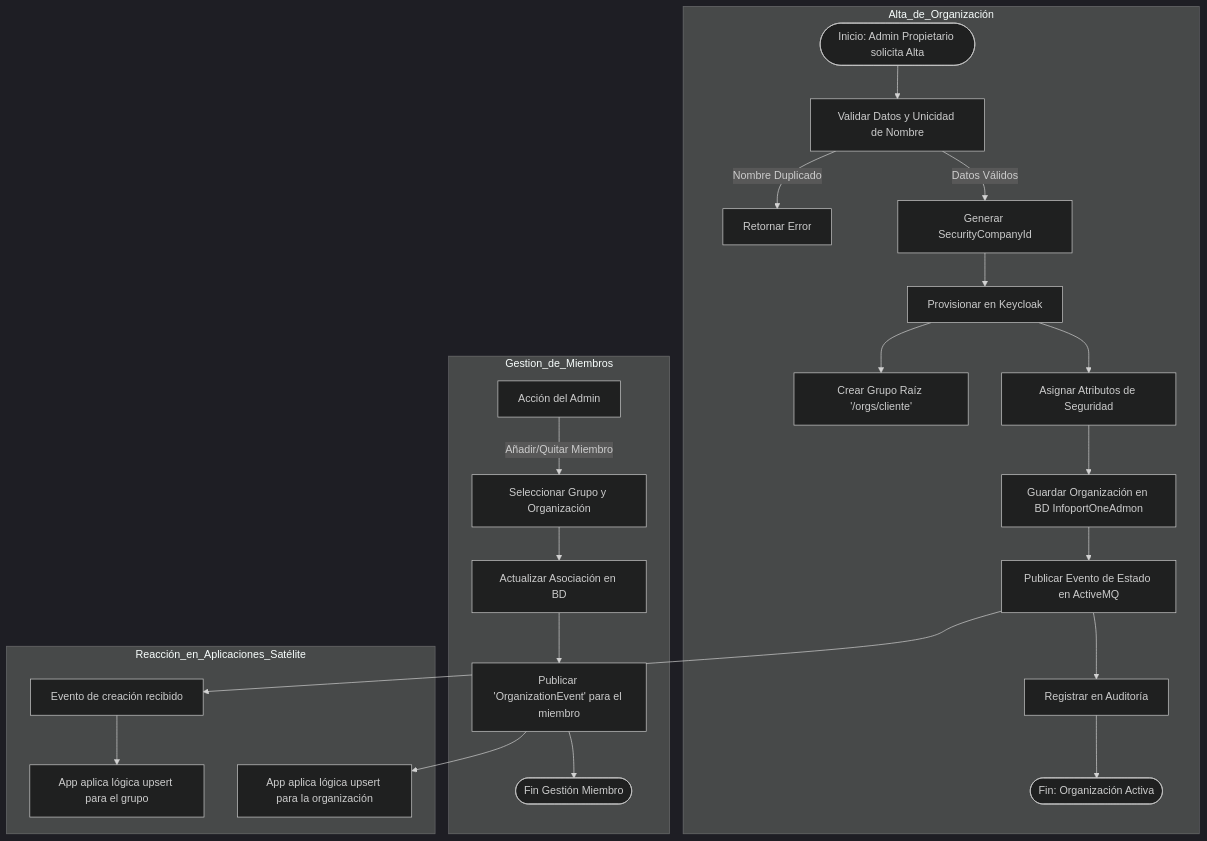
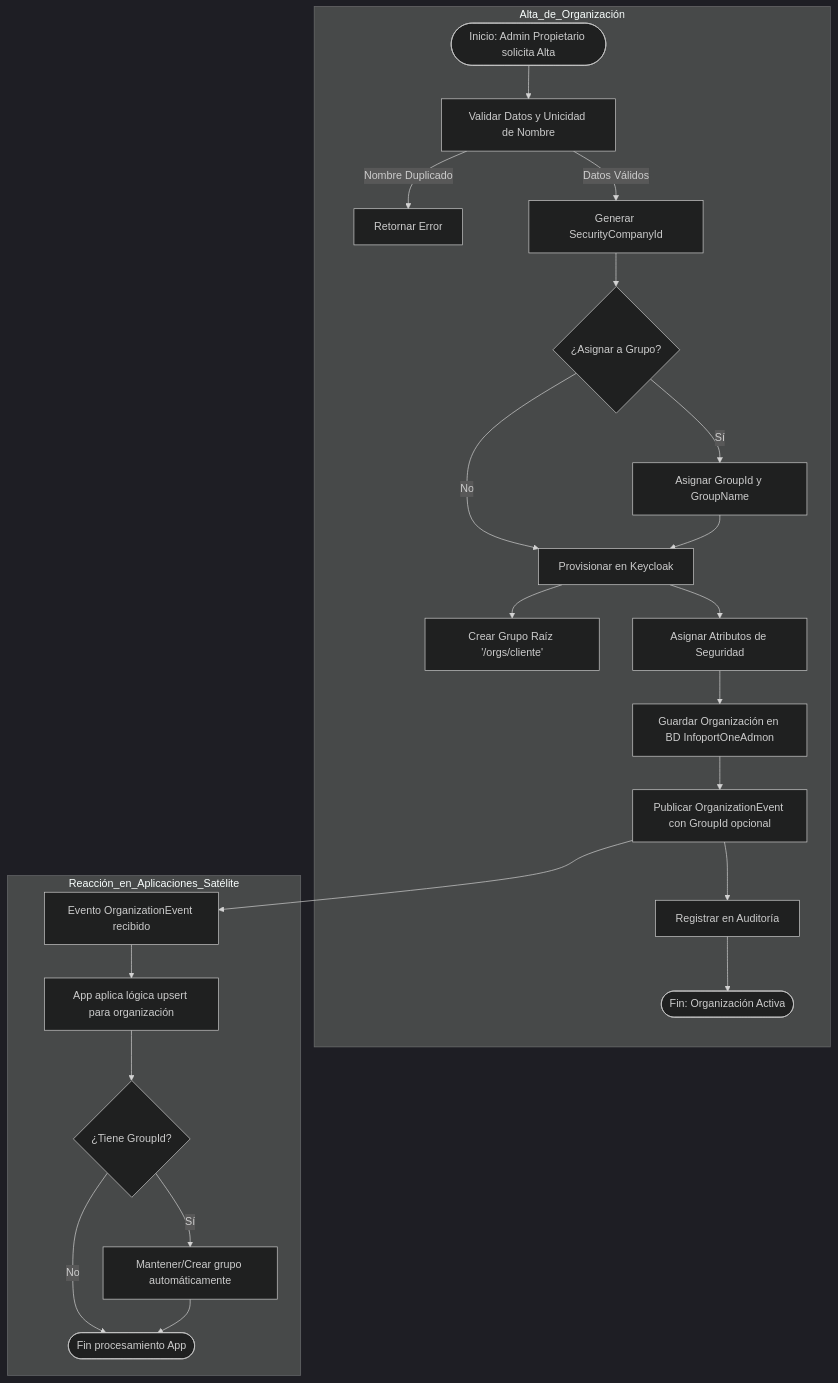
One commit to malbert-infoport/AI4Devs changed the second of 7 diagrams in 01-Descripción general del Producto.md. Above: the diagram before and after it, drawn with Mermaid (dark theme). The commit also changed other lines of this file and 1 other file, not shown here.

````diff
--- a/01-Descripción general del Producto.md
+++ b/01-Descripción general del Producto.md
@@ -349,36 +338,34 @@
 ```mermaid
 graph TD
     %% --- Proceso de Alta de Organización ---
     subgraph Alta_de_Organización
         Start([Inicio: Admin Propietario solicita Alta]) --> Validar[Validar Datos y Unicidad de Nombre]
 
         Validar -->|Nombre Duplicado| Error[Retornar Error]
         Validar -->|Datos Válidos| GenID[Generar SecurityCompanyId]
 
-        GenID --> KC_Step[Provisionar en Keycloak]
+        GenID --> AssignGroup{¿Asignar a Grupo?}
+        AssignGroup -->|Sí| SetGroup[Asignar GroupId y GroupName]
+        AssignGroup -->|No| KC_Step[Provisionar en Keycloak]
+        SetGroup --> KC_Step
+
         KC_Step --> KC_Group[Crear Grupo Raíz '/orgs/cliente']
         KC_Step --> KC_Attr[Asignar Atributos de Seguridad]
 
         KC_Attr --> DB_Save[Guardar Organización en BD InfoportOneAdmon]
-        DB_Save --> Event[Publicar Evento de Estado en ActiveMQ]
+        DB_Save --> Event[Publicar OrganizationEvent con GroupId opcional]
         Event --> Audit[Registrar en Auditoría]
         Audit --> End([Fin: Organización Activa])
     end
 
-    %% --- Gestión de Miembros ---
-    subgraph Gestion_de_Miembros
-        Choose[Acción del Admin] -->|Añadir/Quitar Miembro| Manage[Seleccionar Grupo y Organización]
-        Manage --> UpdateMember[Actualizar Asociación en BD]
-        UpdateMember --> PubUpdate[Publicar 'OrganizationEvent' para el miembro]
-        PubUpdate --> EndUpdate([Fin Gestión Miembro])
-    end
-
     %% --- Reacción en Aplicaciones Satélite ---
     subgraph Reacción_en_Aplicaciones_Satélite
-        Event --> PubCreate[Evento de creación recibido]
-        PubCreate --> AppListener1[App aplica lógica upsert para el grupo]
-
-        PubUpdate --> AppListener2[App aplica lógica upsert para la organización]
+        Event --> PubCreate[Evento OrganizationEvent recibido]
+        PubCreate --> AppUpsert[App aplica lógica upsert para organización]
+        AppUpsert --> CheckGroup{¿Tiene GroupId?}
+        CheckGroup -->|Sí| GroupMaintain[Mantener/Crear grupo automáticamente]
+        CheckGroup -->|No| AppEnd([Fin procesamiento App])
+        GroupMaintain --> AppEnd
     end
 
 ```
````
